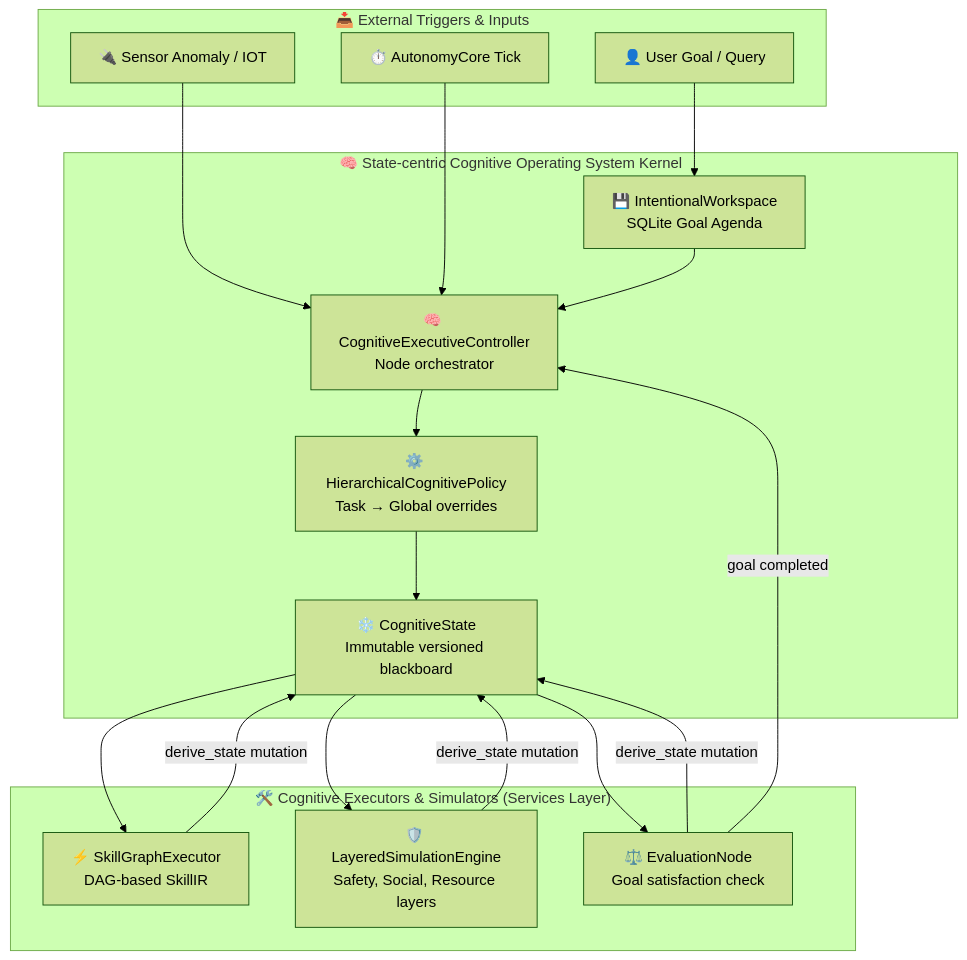
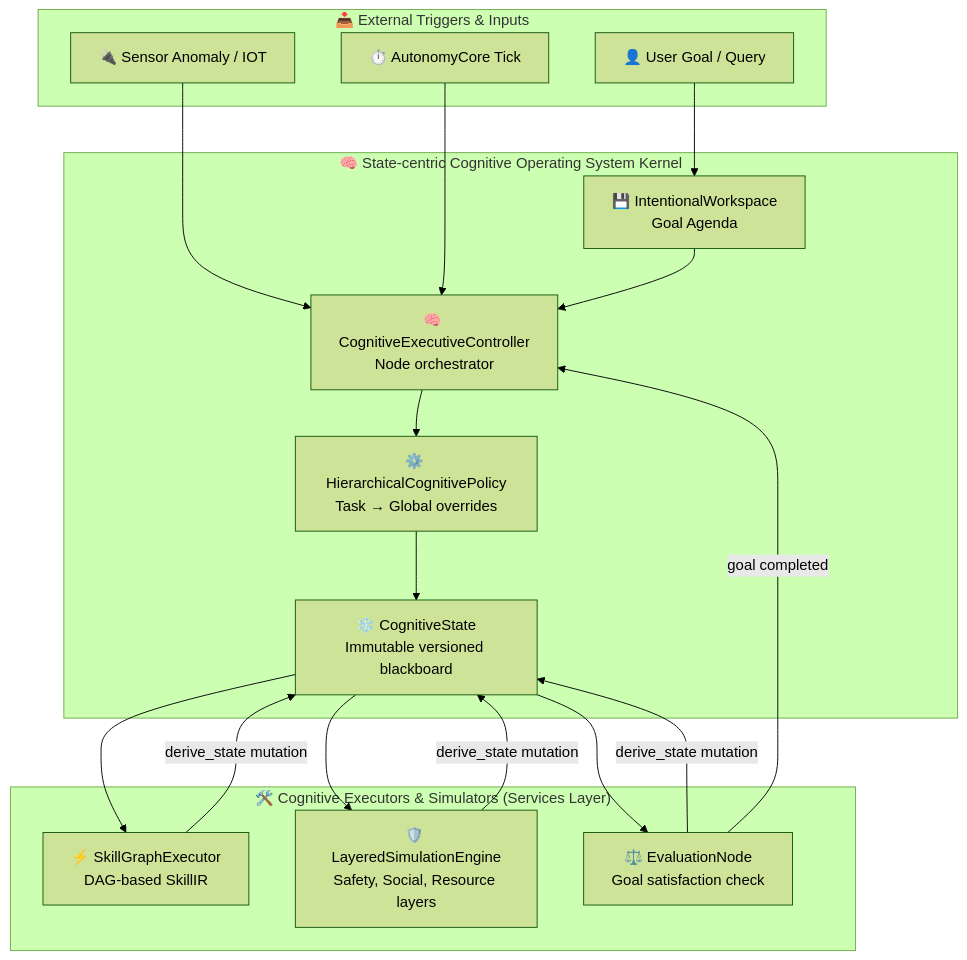
Before and after one commit to HBLLM/hbllm-core: the first of 3 diagrams in docs/architecture/executive-brain-layer.md, drawn with Mermaid (forest theme). The commit also changed 3 other files, not shown here.

First line of the commit message:
docs: update architecture docs for HCIR migration and LoRA removal

````diff
--- a/docs/architecture/executive-brain-layer.md
+++ b/docs/architecture/executive-brain-layer.md
@@ -15,33 +15,33 @@
 ```mermaid
 graph TB
     subgraph INPUTS["📥 External Triggers & Inputs"]
         UserGoal[👤 User Goal / Query]
         SensorAnomaly[🔌 Sensor Anomaly / IOT]
         PeriodicHeartbeat[⏱️ AutonomyCore Tick]
     end
 
     subgraph KERNEL["🧠 State-centric Cognitive Operating System Kernel"]
-        IWS[💾 IntentionalWorkspace<br/>SQLite Goal Agenda]
+        IWS[💾 IntentionalWorkspace<br/>Goal Agenda]
         CEC[🧠 CognitiveExecutiveController<br/>Node orchestrator]
         COGS[❄️ CognitiveState<br/>Immutable versioned blackboard]
         HCP[⚙️ HierarchicalCognitivePolicy<br/>Task → Global overrides]
     end
 
     subgraph SERVICES["🛠️ Cognitive Executors & Simulators (Services Layer)"]
         SGE[⚡ SkillGraphExecutor<br/>DAG-based SkillIR]
         LSE[🛡️ LayeredSimulationEngine<br/>Safety, Social, Resource layers]
         EVN[⚖️ EvaluationNode<br/>Goal satisfaction check]
     end
 
     UserGoal --> IWS
     SensorAnomaly --> CEC
     PeriodicHeartbeat --> CEC
     IWS --> CEC
     CEC --> HCP
     HCP --> COGS
     COGS --> SGE
     COGS --> LSE
     COGS --> EVN
     SGE & LSE & EVN -->|derive_state mutation| COGS
     EVN -->|goal completed| CEC
 ```
````
